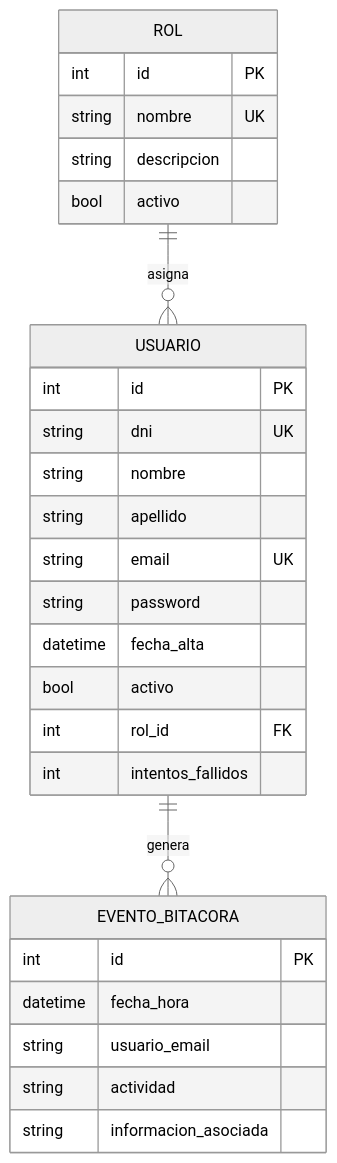
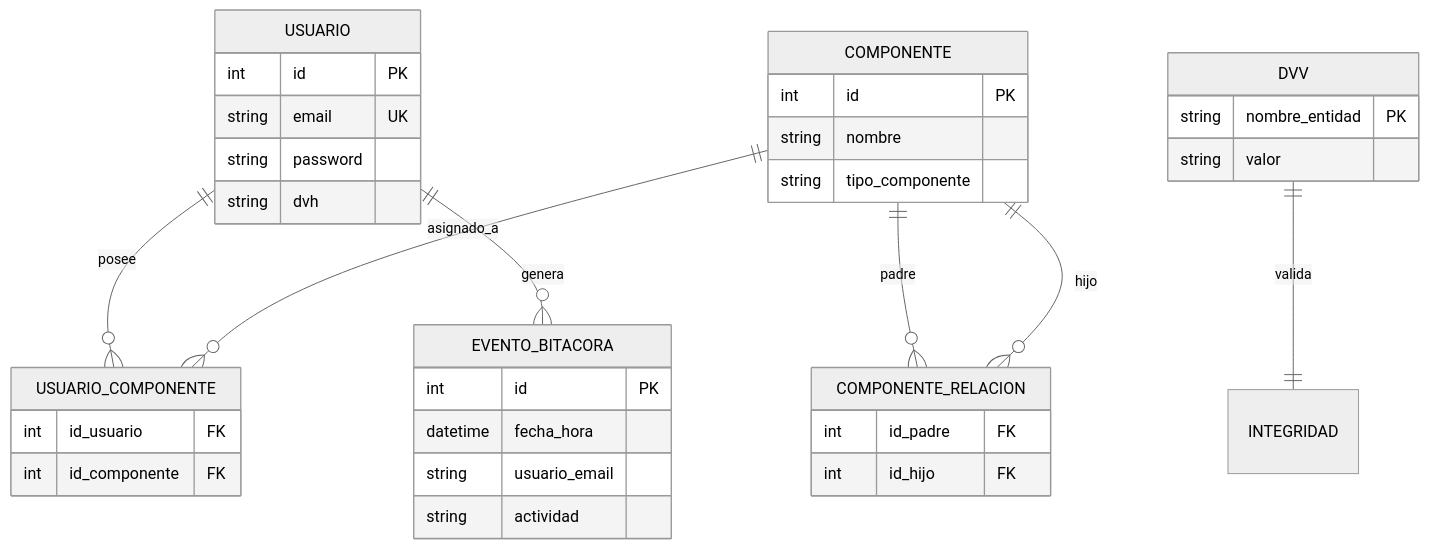
One commit to condenl/Trabajo-Practico-Final changed the fourth of 18 diagrams in Documentacion/Carpeta_Documentacion.md. Above: the diagram before and after it, drawn with Mermaid (neutral theme). The commit also changed other lines of this file and 52 other files, not shown here.

````diff
--- a/Documentacion/Carpeta_Documentacion.md
+++ b/Documentacion/Carpeta_Documentacion.md
@@ -759,33 +756,44 @@
 ```mermaid
 erDiagram
-    ROL ||--o{ USUARIO : "asigna"
+    USUARIO ||--o{ USUARIO_COMPONENTE : "posee"
+    COMPONENTE ||--o{ USUARIO_COMPONENTE : "asignado_a"
+    COMPONENTE ||--o{ COMPONENTE_RELACION : "padre"
+    COMPONENTE ||--o{ COMPONENTE_RELACION : "hijo"
     USUARIO ||--o{ EVENTO_BITACORA : "genera"
-
-    ROL {
-        int id PK
-        string nombre UK
-        string descripcion
-        bool activo
-    }
+    DVV ||--|| INTEGRIDAD : "valida"
 
     USUARIO {
         int id PK
-        string dni UK
-        string nombre
-        string apellido
         string email UK
         string password
-        datetime fecha_alta
-        bool activo
-        int rol_id FK
-        int intentos_fallidos
+        string dvh
+    }
+
+    COMPONENTE {
+        int id PK
+        string nombre
+        string tipo_componente
+    }
+
+    COMPONENTE_RELACION {
+        int id_padre FK
+        int id_hijo FK
+    }
+
+    USUARIO_COMPONENTE {
+        int id_usuario FK
+        int id_componente FK
+    }
+
+    DVV {
+        string nombre_entidad PK
+        string valor
     }
 
     EVENTO_BITACORA {
         int id PK
         datetime fecha_hora
         string usuario_email
         string actividad
-        string informacion_asociada
     }
 ```
````
